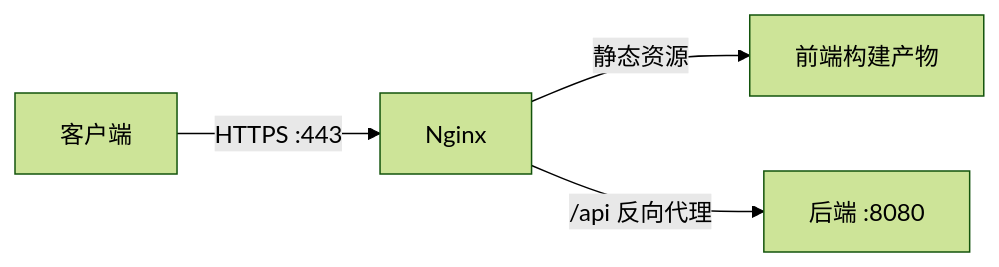
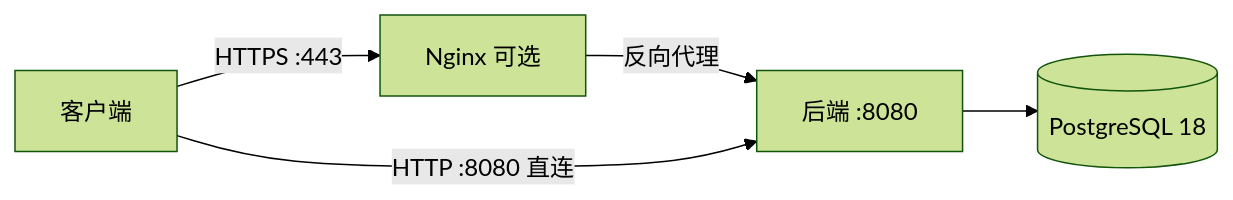
The second of 2 diagrams in 开发方案.md (YunMeng-ink/PromptWebBench), drawn with Mermaid (forest theme) before and after one commit. The commit also changed other lines of this file and 13 other files, not shown here.

````diff
--- a/开发方案.md
+++ b/开发方案.md
@@ -627,6 +627,7 @@
 ```mermaid
 graph LR
-    C[客户端] -->|HTTPS :443| N[Nginx]
-    N -->|静态资源| F[前端构建产物]
-    N -->|/api 反向代理| B[后端 :8080]
+    C[客户端] -->|HTTPS :443| N[Nginx 可选]
+    N -->|反向代理| B[后端 :8080]
+    C -->|HTTP :8080 直连| B
+    B --> P[(PostgreSQL 18)]
 ```
````
